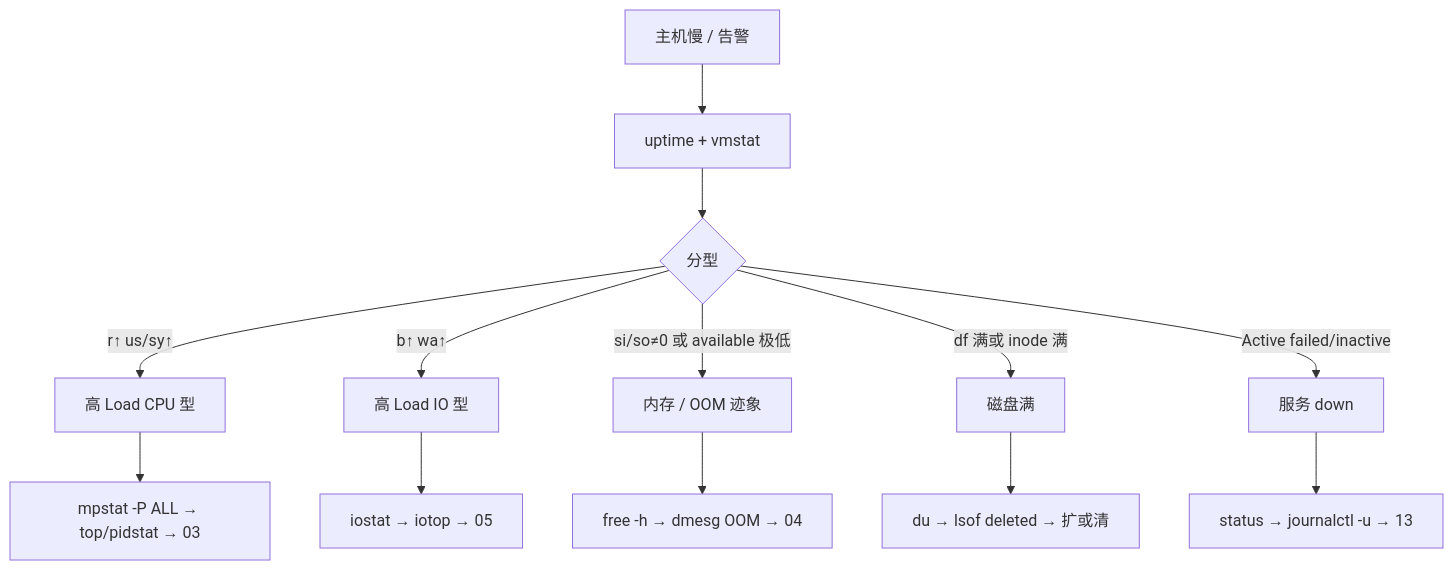
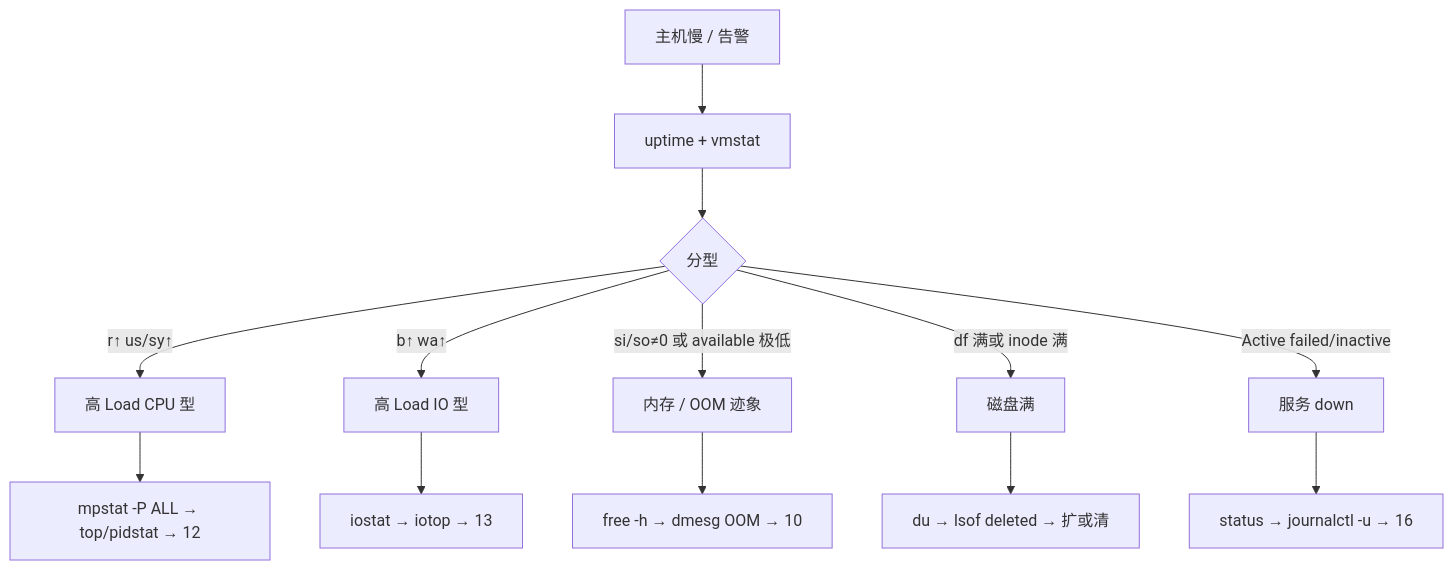
One commit to ml-cuizijun/LearnToLilith changed the third of 3 diagrams in 01-基础底座/01-主机排查命令/知识点.md. Above: the diagram before and after it, drawn with Mermaid. The commit also changed other lines of this file and 56 other files, not shown here.

````diff
--- a/01-基础底座/01-主机排查命令/知识点.md
+++ b/01-基础底座/01-主机排查命令/知识点.md
@@ -1160,15 +1160,15 @@
 ```mermaid
 flowchart TB
     A["主机慢 / 告警"] --> B["uptime + vmstat"]
     B --> C{"分型"}
     C -->|r↑ us/sy↑| D["高 Load CPU 型"]
     C -->|b↑ wa↑| E["高 Load IO 型"]
     C -->|si/so≠0 或 available 极低| F["内存 / OOM 迹象"]
     C -->|df 满或 inode 满| G["磁盘满"]
     C -->|Active failed/inactive| H["服务 down"]
-    D --> D1["mpstat -P ALL → top/pidstat → 03"]
-    E --> E1["iostat → iotop → 05"]
-    F --> F1["free -h → dmesg OOM → 04"]
+    D --> D1["mpstat -P ALL → top/pidstat → 12"]
+    E --> E1["iostat → iotop → 13"]
+    F --> F1["free -h → dmesg OOM → 10"]
     G --> G1["du → lsof deleted → 扩或清"]
-    H --> H1["status → journalctl -u → 13"]
+    H --> H1["status → journalctl -u → 16"]
 ```
````
